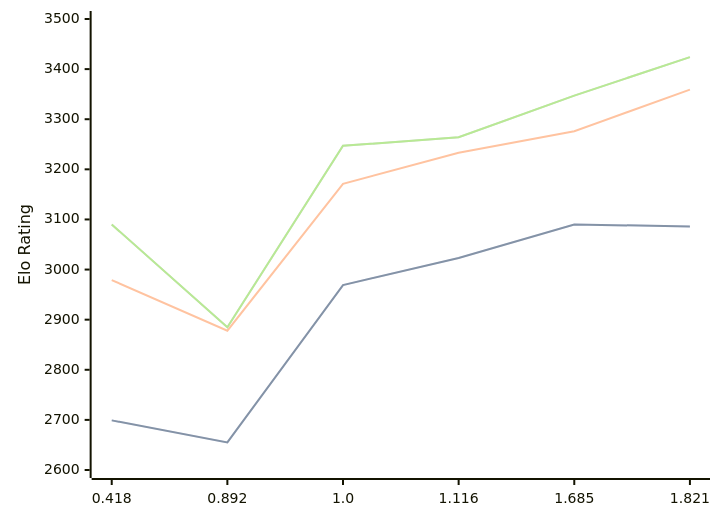
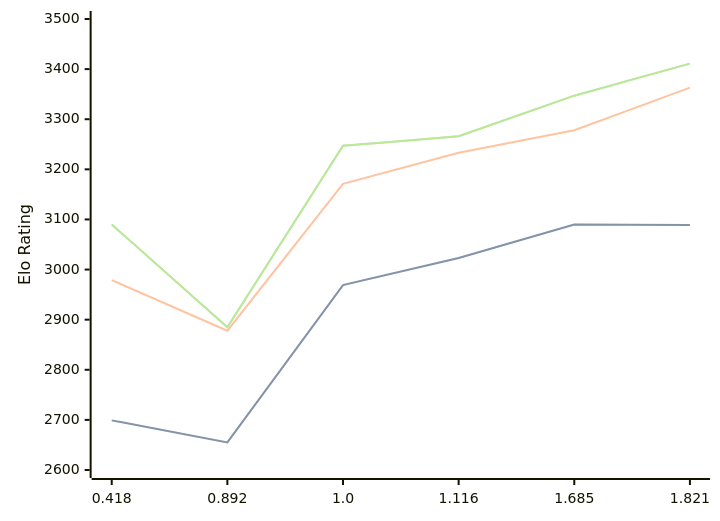
Before and after one commit to computer-chess-index/cci: the diagram in engines/Malika.md, drawn with Mermaid. The commit also changed other lines of this file, not shown here.

Commit message:
Update CCI Ratings (ELO VLTC) - 2026-08-17

````diff
--- a/engines/Malika.md
+++ b/engines/Malika.md
@@ -36,11 +36,11 @@
 ```mermaid
 %%{init: {"theme":"base","themeVariables":{"seriesColors:['#a3a3a3','#222221','#faa371']}}}%%
 xychart-beta
   x-axis ["0.418", "0.892", "1.0", "1.116", "1.685", "1.821"]
   y-axis "Elo Rating" 2600 --> 3500
-  line "STC (8.0+0.08s)" [2699, 2655, 2969, 3023, 3090, 3086]
-  line "STC (8.0+0.08s)" [2699, 2655, 2969, 3023, 3090, 3086]
-  line "LTC (60.0+0.60s)" [2979, 2878, 3171, 3233, 3276, 3359]
-  line "VLTC (2m24s+1.12s)" [3090, 2885, 3247, 3264, 3347, 3424]
-  line "VLTC (2m24s+1.12s)" [3090, 2885, 3247, 3264, 3347, 3424]
+  line "STC (8.0+0.08s)" [2699, 2655, 2969, 3023, 3090, 3089]
+  line "STC (8.0+0.08s)" [2699, 2655, 2969, 3023, 3090, 3089]
+  line "LTC (60.0+0.60s)" [2979, 2878, 3171, 3233, 3278, 3363]
+  line "VLTC (2m24s+1.12s)" [3090, 2885, 3247, 3266, 3347, 3411]
+  line "VLTC (2m24s+1.12s)" [3090, 2885, 3247, 3266, 3347, 3411]
 ```
````
